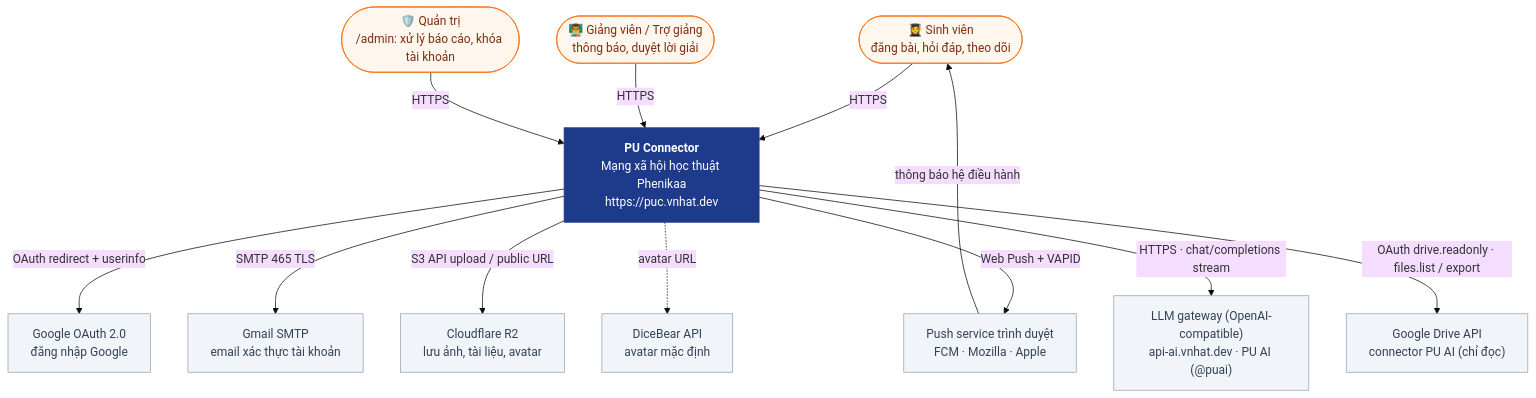
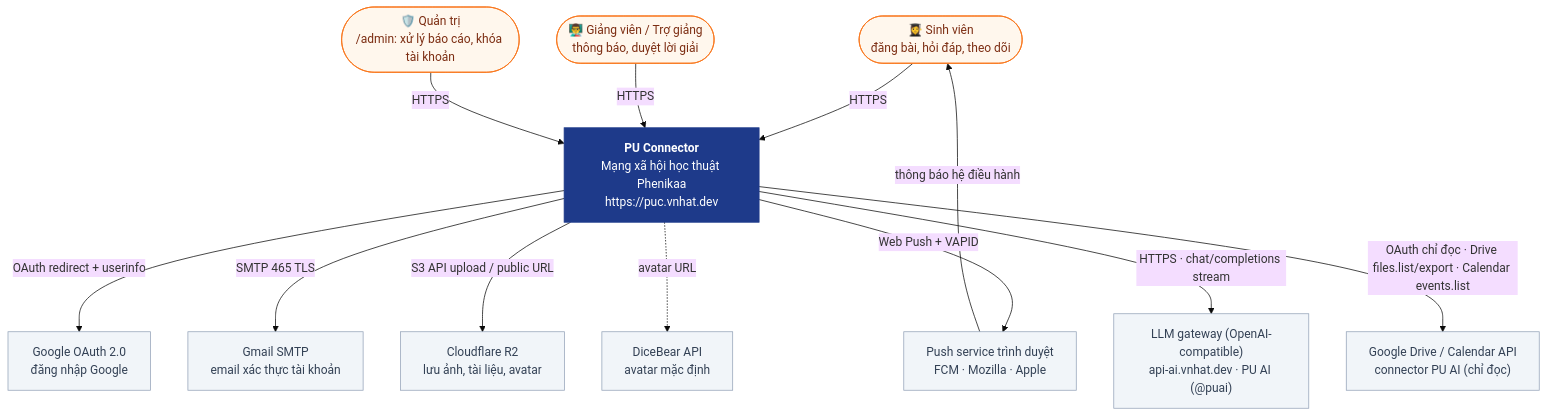
Before and after one commit to nhatcoi/pu-connect: the diagram in docs/diagrams/01-system-context.md, drawn with Mermaid (base theme). The commit also changed other lines of this file and 7 other files, not shown here.

````diff
--- a/docs/diagrams/01-system-context.md
+++ b/docs/diagrams/01-system-context.md
@@ -5,37 +5,37 @@
 ```mermaid
 flowchart TB
   student(["👩‍🎓 Sinh viên<br/>đăng bài, hỏi đáp, theo dõi"])
   lecturer(["👨‍🏫 Giảng viên / Trợ giảng<br/>thông báo, duyệt lời giải"])
   admin(["🛡️ Quản trị<br/>/admin: xử lý báo cáo, khóa tài khoản"])
 
   puc["<b>PU Connector</b><br/>Mạng xã hội học thuật Phenikaa<br/>https://puc.vnhat.dev"]
 
   google["Google OAuth 2.0<br/>đăng nhập Google"]
   gmail["Gmail SMTP<br/>email xác thực tài khoản"]
   r2["Cloudflare R2<br/>lưu ảnh, tài liệu, avatar"]
   dicebear["DiceBear API<br/>avatar mặc định"]
   pushsvc["Push service trình duyệt<br/>FCM · Mozilla · Apple"]
-  gdrive["Google Drive API<br/>connector PU AI (chỉ đọc)"]
+  gdrive["Google Drive / Calendar API<br/>connector PU AI (chỉ đọc)"]
   llm["LLM gateway (OpenAI-compatible)<br/>api-ai.vnhat.dev · PU AI (@puai)"]
 
   student -->|HTTPS| puc
   lecturer -->|HTTPS| puc
   admin -->|HTTPS| puc
 
   puc -->|OAuth redirect + userinfo| google
   puc -->|SMTP 465 TLS| gmail
   puc -->|S3 API upload / public URL| r2
   puc -->|Web Push + VAPID| pushsvc
   pushsvc -->|thông báo hệ điều hành| student
   puc -.->|avatar URL| dicebear
   puc -->|HTTPS · chat/completions stream| llm
-  puc -->|OAuth drive.readonly · files.list / export| gdrive
+  puc -->|OAuth chỉ đọc · Drive files.list/export · Calendar events.list| gdrive
 
   classDef system fill:#1e3a8a,stroke:#1e3a8a,color:#fff
   classDef external fill:#f1f5f9,stroke:#94a3b8,color:#334155
   classDef person fill:#fff7ed,stroke:#f97316,color:#7c2d12
   classDef planned fill:#fff,stroke:#94a3b8,color:#64748b,stroke-dasharray:5 5
   class puc system
   class google,gmail,r2,dicebear,pushsvc,llm,gdrive external
   class student,lecturer,admin person
 ```
````
